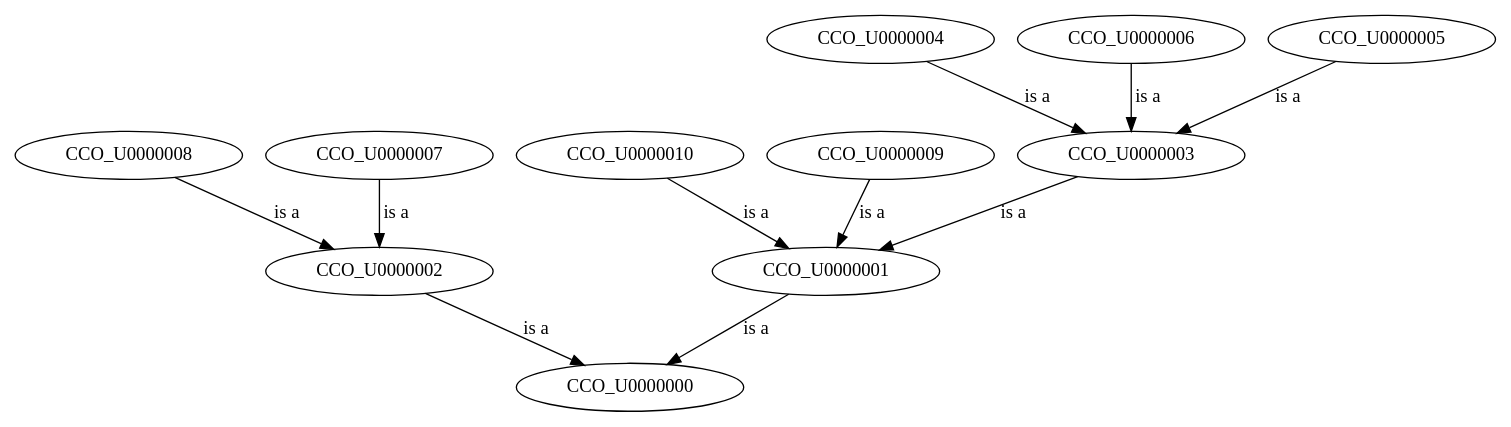
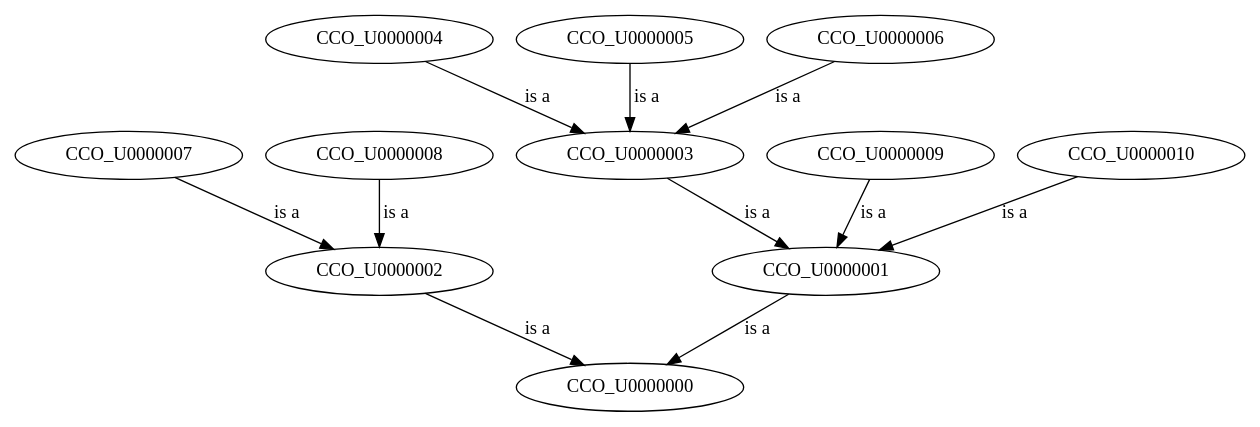
The diagram in t/data/test_ulo_cco.dot (gitpan/ONTO-PERL), drawn with Graphviz before and after one commit. The commit also changed other lines of this file and 27 other files, not shown here.

```diff
--- a/t/data/test_ulo_cco.dot
+++ b/t/data/test_ulo_cco.dot
@@ -1,14 +1,14 @@
 digraph Ontology {
 	page="11,17";
 	edge [label="is a"];
+	CCO_U0000001 -> CCO_U0000000;
+	CCO_U0000002 -> CCO_U0000000;
 	CCO_U0000003 -> CCO_U0000001;
-	CCO_U0000008 -> CCO_U0000002;
-	CCO_U0000010 -> CCO_U0000001;
 	CCO_U0000004 -> CCO_U0000003;
+	CCO_U0000005 -> CCO_U0000003;
 	CCO_U0000006 -> CCO_U0000003;
 	CCO_U0000007 -> CCO_U0000002;
-	CCO_U0000005 -> CCO_U0000003;
-	CCO_U0000001 -> CCO_U0000000;
-	CCO_U0000002 -> CCO_U0000000;
+	CCO_U0000008 -> CCO_U0000002;
 	CCO_U0000009 -> CCO_U0000001;
+	CCO_U0000010 -> CCO_U0000001;
 }
```
